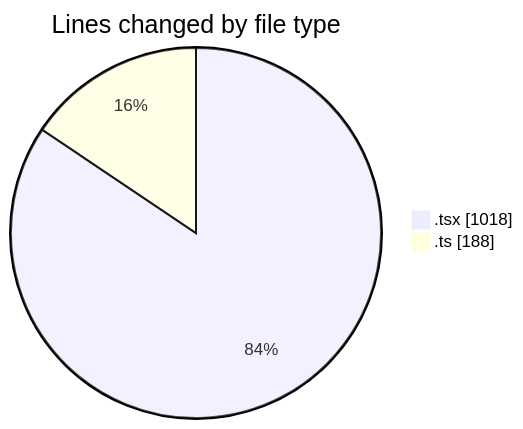
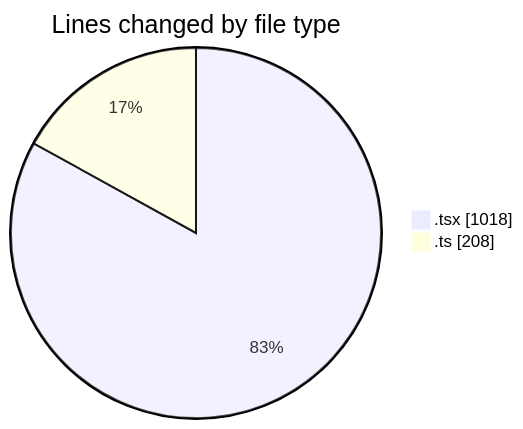
Before and after one commit to julien-gomy/code-tracking: the first of 2 diagrams in 2025-10-31/eventscop-frontend-guide__workspace_/README.md, drawn with Mermaid. The commit also changed other lines of this file and 1 other file, not shown here.

````diff
--- a/2025-10-31/eventscop-frontend-guide__workspace_/README.md
+++ b/2025-10-31/eventscop-frontend-guide__workspace_/README.md
@@ -26,6 +26,6 @@
 ```mermaid
 pie showData
 title Lines changed by file type
 ".tsx" : 1018
-".ts" : 188
+".ts" : 208
 ```
````
